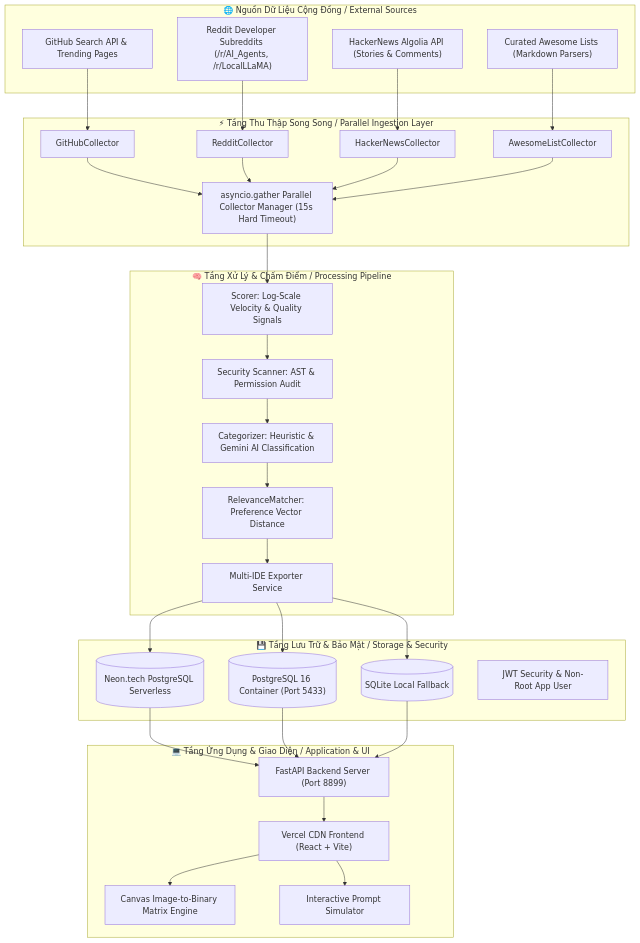
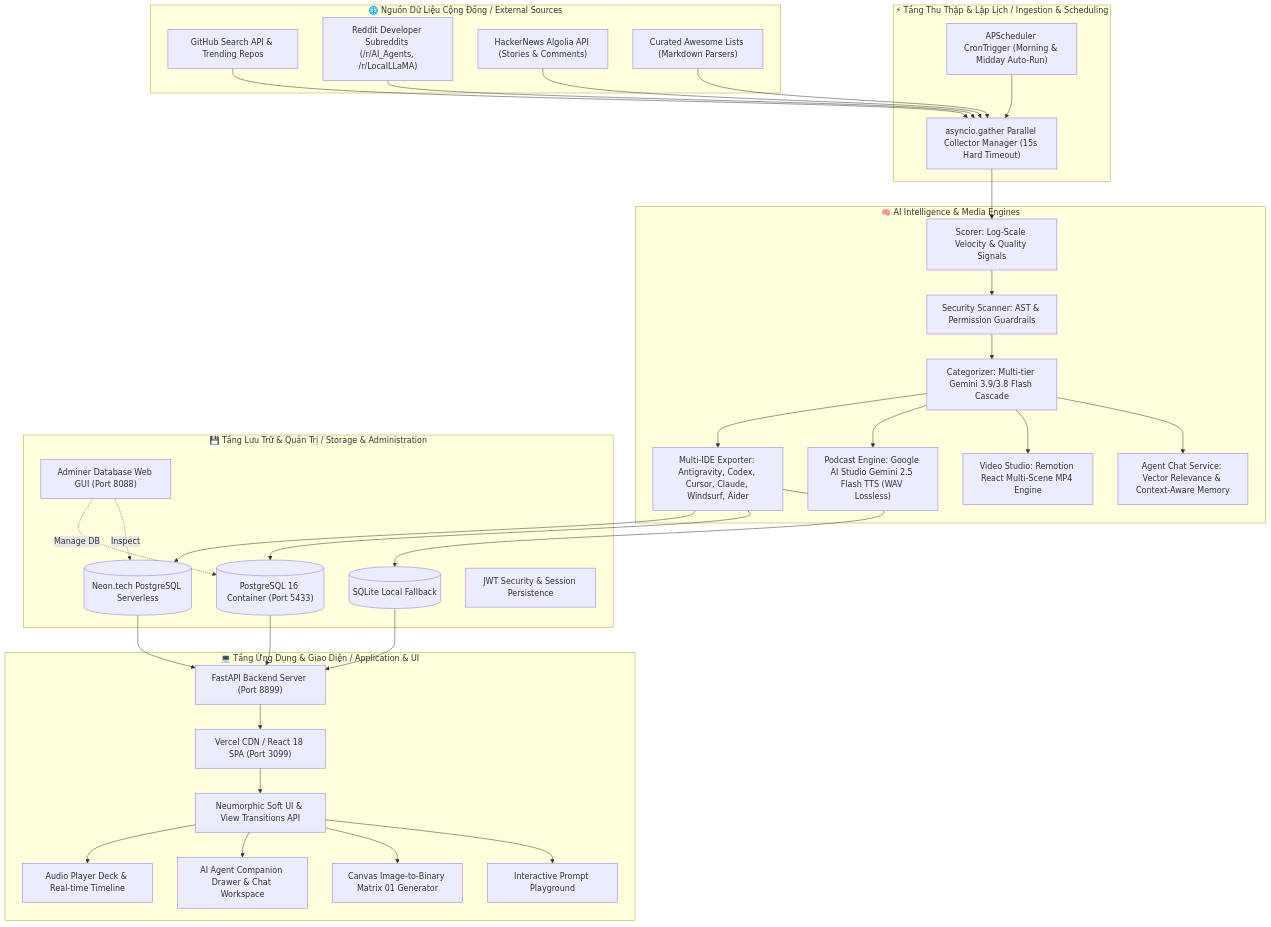
The second of 2 diagrams in README.md (minhhieu04/agent-skill-trending), drawn with Mermaid before and after one commit. The commit also changed other lines of this file, not shown here.

Commit message:
docs: update README with v3.5 specifications, podcast studio, remotion video, and test suite

````diff
--- a/README.md
+++ b/README.md
@@ -132,67 +220,74 @@
 ```mermaid
 flowchart TD
     subgraph External Sources ["🌐 Nguồn Dữ Liệu Cộng Đồng / External Sources"]
-        GH["GitHub Search API & Trending Pages"]
+        GH["GitHub Search API & Trending Repos"]
         RD["Reddit Developer Subreddits (/r/AI_Agents, /r/LocalLLaMA)"]
         HN["HackerNews Algolia API (Stories & Comments)"]
         AW["Curated Awesome Lists (Markdown Parsers)"]
     end
 
-    subgraph Collection Layer ["⚡ Tầng Thu Thập Song Song / Parallel Ingestion Layer"]
+    subgraph Collection & Scheduler ["⚡ Tầng Thu Thập & Lập Lịch / Ingestion & Scheduling"]
         COL["asyncio.gather Parallel Collector Manager (15s Hard Timeout)"]
-        GH_COL["GitHubCollector"]
-        RD_COL["RedditCollector"]
-        HN_COL["HackerNewsCollector"]
-        AW_COL["AwesomeListCollector"]
+        SCHED["APScheduler CronTrigger (Morning & Midday Auto-Run)"]
     end
 
-    subgraph Processing Pipeline ["🧠 Tầng Xử Lý & Chấm Điểm / Processing Pipeline"]
+    subgraph Intelligence & Media Engines ["🧠 AI Intelligence & Media Engines"]
         SC["Scorer: Log-Scale Velocity & Quality Signals"]
-        SEC["Security Scanner: AST & Permission Audit"]
-        CAT["Categorizer: Heuristic & Gemini AI Classification"]
-        REL["RelevanceMatcher: Preference Vector Distance"]
-        EXP["Multi-IDE Exporter Service"]
+        SEC["Security Scanner: AST & Permission Guardrails"]
+        CAT["Categorizer: Multi-tier Gemini 3.9/3.8 Flash Cascade"]
+        TTS["Podcast Engine: Google AI Studio Gemini 2.5 Flash TTS (WAV Lossless)"]
+        REMOTION["Video Studio: Remotion React Multi-Scene MP4 Engine"]
+        RAG["Agent Chat Service: Vector Relevance & Context-Aware Memory"]
+        EXP["Multi-IDE Exporter: Antigravity, Codex, Cursor, Claude, Windsurf, Aider"]
     end
 
-    subgraph Storage Layer ["💾 Tầng Lưu Trữ & Bảo Mật / Storage & Security"]
+    subgraph Storage & Management ["💾 Tầng Lưu Trữ & Quản Trị / Storage & Administration"]
         NEON[("Neon.tech PostgreSQL Serverless")]
         PG_LOCAL[("PostgreSQL 16 Container (Port 5433)")]
         SQLITE[("SQLite Local Fallback")]
-        AUTH["JWT Security & Non-Root App User"]
+        ADMINER["Adminer Database Web GUI (Port 8088)"]
+        AUTH["JWT Security & Session Persistence"]
     end
 
     subgraph Application & Presentation ["💻 Tầng Ứng Dụng & Giao Diện / Application & UI"]
         FASTAPI["FastAPI Backend Server (Port 8899)"]
-        VERCEL["Vercel CDN Frontend (React + Vite)"]
-        MATRIX_CANVAS["Canvas Image-to-Binary Matrix Engine"]
-        PLAYGROUND["Interactive Prompt Simulator"]
+        VERCEL["Vercel CDN / React 18 SPA (Port 3099)"]
+        NEU_UI["Neumorphic Soft UI & View Transitions API"]
+        AUDIO_DECK["Audio Player Deck & Real-time Timeline"]
+        AGENT_DRAWER["AI Agent Companion Drawer & Chat Workspace"]
+        MATRIX_CANVAS["Canvas Image-to-Binary Matrix 01 Generator"]
+        PLAYGROUND["Interactive Prompt Playground"]
     end
 
-    GH --> GH_COL
-    RD --> RD_COL
-    HN --> HN_COL
-    AW --> AW_COL
-
-    GH_COL --> COL
-    RD_COL --> COL
-    HN_COL --> COL
-    AW_COL --> COL
+    GH --> COL
+    RD --> COL
+    HN --> COL
+    AW --> COL
+    SCHED --> COL
 
     COL --> SC
     SC --> SEC
     SEC --> CAT
-    CAT --> REL
-    REL --> EXP
+    CAT --> EXP
+
+    CAT --> TTS
+    CAT --> REMOTION
+    CAT --> RAG
 
     EXP --> NEON
     EXP --> PG_LOCAL
     EXP --> SQLITE
+    ADMINER -.->|Manage DB| PG_LOCAL
+    ADMINER -.->|Inspect| NEON
 
     NEON --> FASTAPI
     PG_LOCAL --> FASTAPI
     SQLITE --> FASTAPI
 
     FASTAPI --> VERCEL
-    VERCEL --> MATRIX_CANVAS
-    VERCEL --> PLAYGROUND
+    VERCEL --> NEU_UI
+    NEU_UI --> AUDIO_DECK
+    NEU_UI --> AGENT_DRAWER
+    NEU_UI --> MATRIX_CANVAS
+    NEU_UI --> PLAYGROUND
 ```
````
